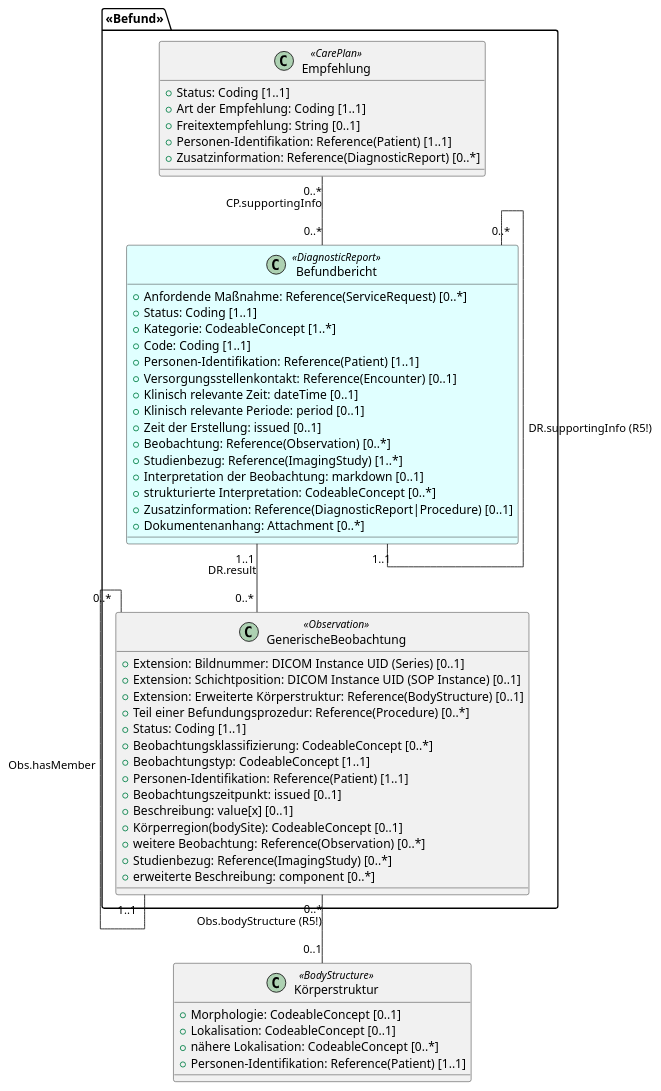
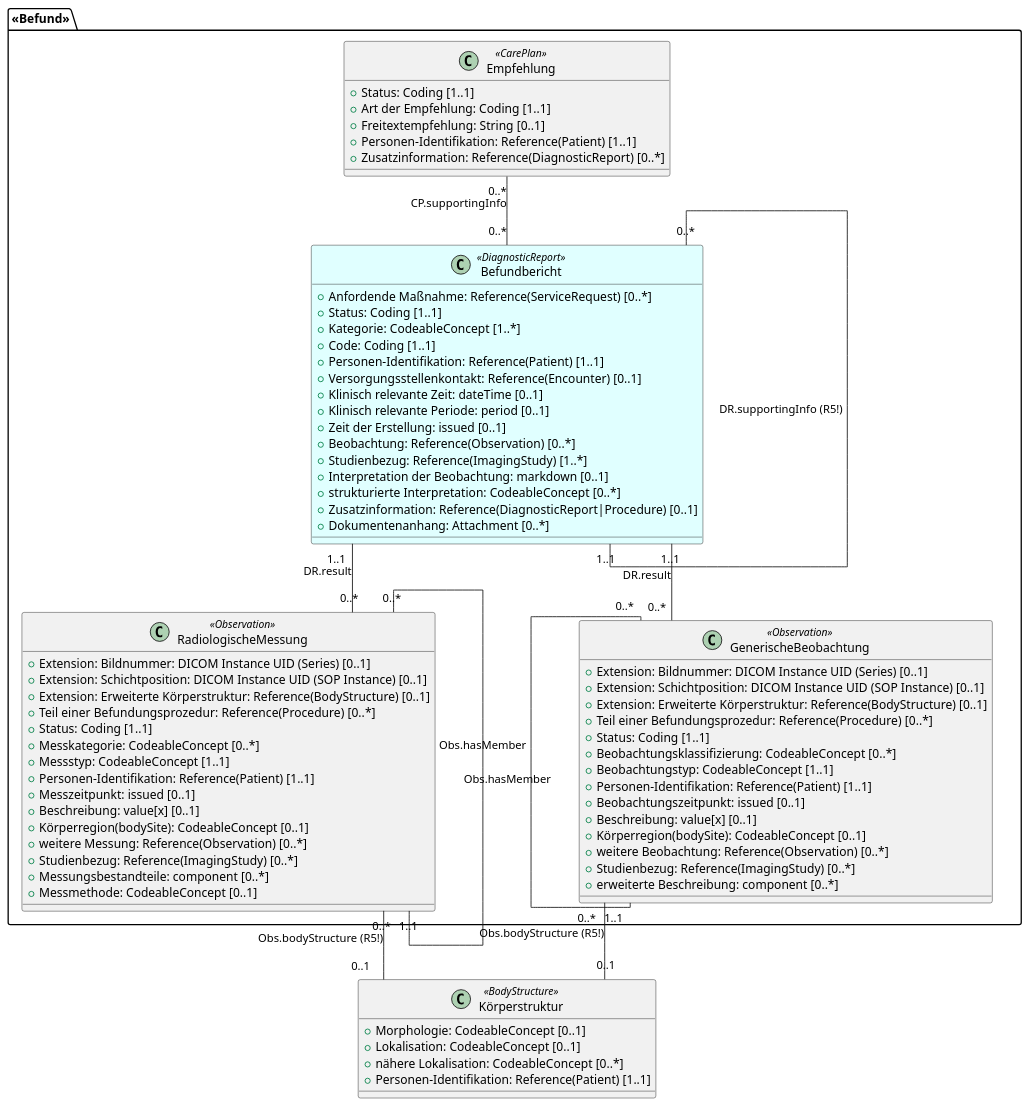
One commit to medizininformatik-initiative/kerndatensatz-bildgebung changed the diagram in plantUmlSrc/UML Befund Strukturiert.plantuml. Above: the diagram before and after it, drawn with PlantUML. The commit also changed 11 other files, not shown here.

Commit message:
update UML diagrams + images

```diff
--- a/plantUmlSrc/UML Befund Strukturiert.plantuml
+++ b/plantUmlSrc/UML Befund Strukturiert.plantuml
@@ -1,66 +1,87 @@
 @startuml
 skinparam Linetype ortho
 skinparam Nodesep 150
 skinparam Ranksep 80
 skinparam legendBackgroundColor #white
 
 class Körperstruktur <<BodyStructure>> {
   + Morphologie: CodeableConcept [0..1]
   + Lokalisation: CodeableConcept [0..1]
   + nähere Lokalisation: CodeableConcept [0..*]
   + {field} Personen-Identifikation: Reference(Patient) [1..1]
 }
 
 package <<Befund>> {
   class Befundbericht <<DiagnosticReport>> #LightCyan {
   + {field} Anfordende Maßnahme: Reference(ServiceRequest) [0..*]
   + Status: Coding [1..1]
   + Kategorie: CodeableConcept [1..*]
   + Code: Coding [1..1]
   + {field} Personen-Identifikation: Reference(Patient) [1..1]
   + {field} Versorgungsstellenkontakt: Reference(Encounter) [0..1]
   + Klinisch relevante Zeit: dateTime [0..1]
   + Klinisch relevante Periode: period [0..1]
   + Zeit der Erstellung: issued [0..1]
   + {field} Beobachtung: Reference(Observation) [0..*]
   + {field} Studienbezug: Reference(ImagingStudy) [1..*]
   + Interpretation der Beobachtung: markdown [0..1]
   + strukturierte Interpretation: CodeableConcept [0..*]
   + {field} Zusatzinformation: Reference(DiagnosticReport|Procedure) [0..1]
   + {field} Dokumentenanhang: Attachment [0..*]
   }
   
   class Empfehlung <<CarePlan>> {
   + Status: Coding [1..1]
   + Art der Empfehlung: Coding [1..1]
   + Freitextempfehlung: String [0..1]
   + {field} Personen-Identifikation: Reference(Patient) [1..1]
   + {field} Zusatzinformation: Reference(DiagnosticReport) [0..*]
   }
 
   class GenerischeBeobachtung <<Observation>> {
     + {field} Extension: Bildnummer: DICOM Instance UID (Series) [0..1]
     + {field} Extension: Schichtposition: DICOM Instance UID (SOP Instance) [0..1]
     + {field} Extension: Erweiterte Körperstruktur: Reference(BodyStructure) [0..1]
     + {field} Teil einer Befundungsprozedur: Reference(Procedure) [0..*]
     + Status: Coding [1..1]
     + Beobachtungsklassifizierung: CodeableConcept [0..*]
     + Beobachtungstyp: CodeableConcept [1..1]
     + {field} Personen-Identifikation: Reference(Patient) [1..1]
     + Beobachtungszeitpunkt: issued [0..1]
     + Beschreibung: value[x] [0..1]
     + {field} Körperregion(bodySite): CodeableConcept [0..1]
     + {field} weitere Beobachtung: Reference(Observation) [0..*]
     + {field} Studienbezug: Reference(ImagingStudy) [0..*]
     + erweiterte Beschreibung: component [0..*]
   }
+
+  class RadiologischeMessung <<Observation>> {
+    + {field} Extension: Bildnummer: DICOM Instance UID (Series) [0..1]
+    + {field} Extension: Schichtposition: DICOM Instance UID (SOP Instance) [0..1]
+    + {field} Extension: Erweiterte Körperstruktur: Reference(BodyStructure) [0..1]
+    + {field} Teil einer Befundungsprozedur: Reference(Procedure) [0..*]
+    + Status: Coding [1..1]
+    + Messkategorie: CodeableConcept [0..*]
+    + Messstyp: CodeableConcept [1..1]
+    + {field} Personen-Identifikation: Reference(Patient) [1..1]
+    + Messzeitpunkt: issued [0..1]
+    + Beschreibung: value[x] [0..1]
+    + {field} Körperregion(bodySite): CodeableConcept [0..1]
+    + {field} weitere Messung: Reference(Observation) [0..*]
+    + {field} Studienbezug: Reference(ImagingStudy) [0..*]
+    + Messungsbestandteile: component [0..*]
+    + Messmethode: CodeableConcept [0..1]
+  }
 }
 
 Befundbericht "1..1" -u- "0..*" Befundbericht: DR.supportingInfo (R5!)
 Befundbericht "1..1" -- "0..*" GenerischeBeobachtung: DR.result
+Befundbericht "1..1" -- "0..*" RadiologischeMessung: DR.result
 
 Empfehlung "0..*" -- "0..*" Befundbericht: CP.supportingInfo 
 
 GenerischeBeobachtung "1..1" -u- "0..*" GenerischeBeobachtung: Obs.hasMember
+RadiologischeMessung "1..1" -u- "0..*" RadiologischeMessung: Obs.hasMember
 GenerischeBeobachtung "0..*" -- "0..1" Körperstruktur: Obs.bodyStructure (R5!)
+RadiologischeMessung "0..*" -- "0..1" Körperstruktur: Obs.bodyStructure (R5!)
 @enduml
```
